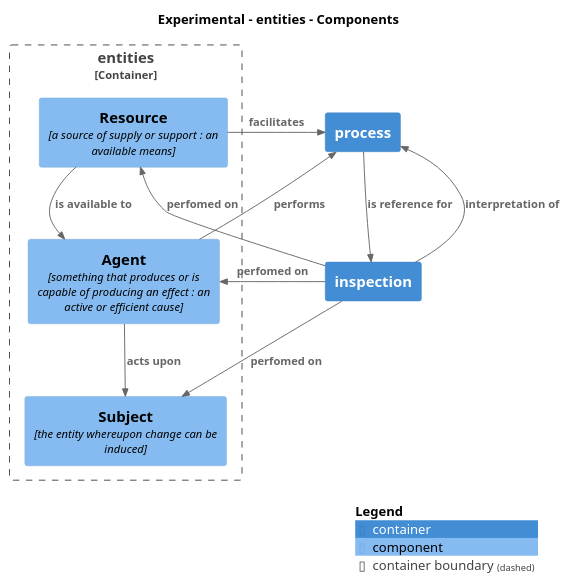
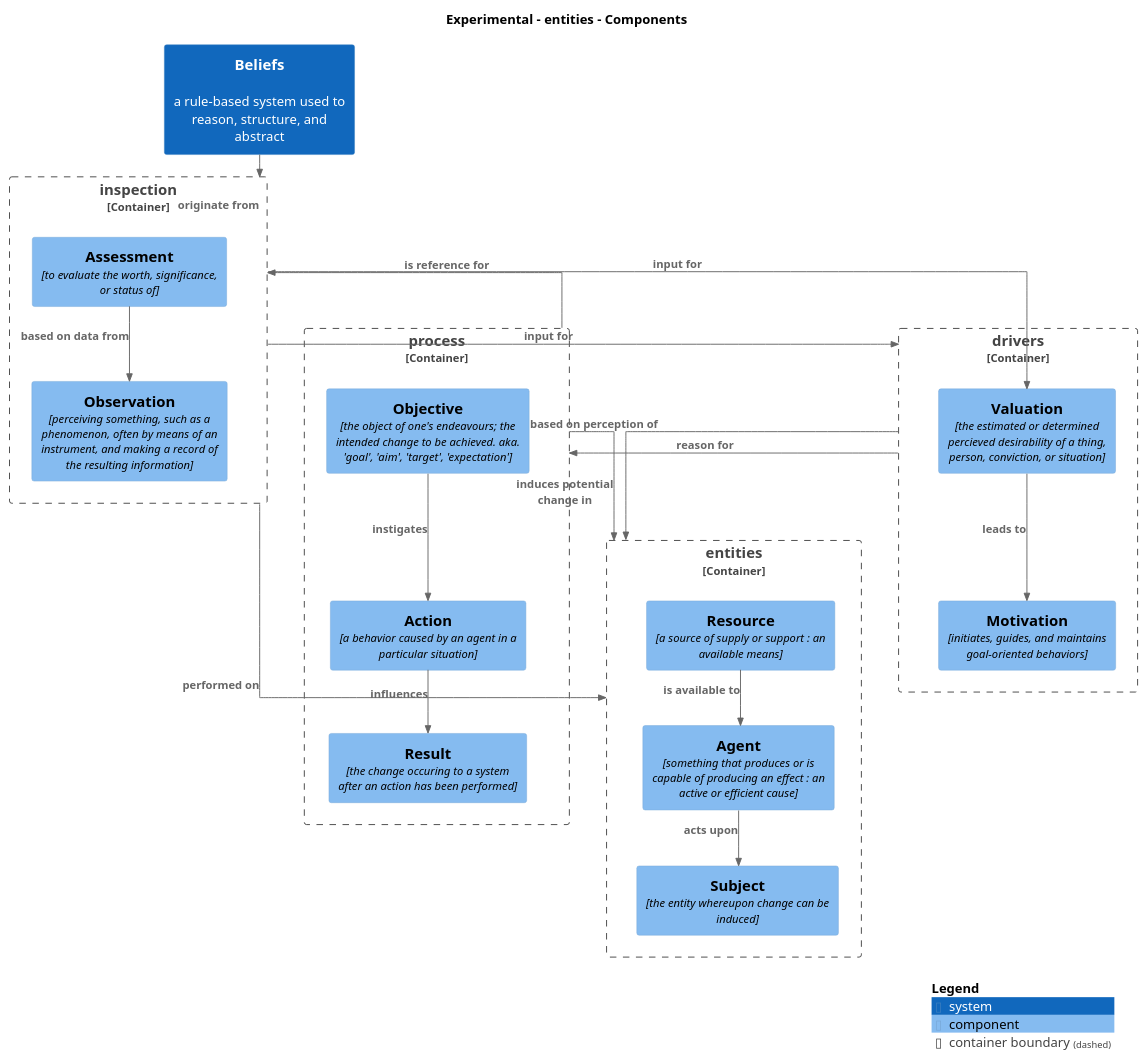
The diagram in src/0_Pattern_Language/_diagrams/structurizr-Experimental-entities-Component.puml (sddevelopment-be/penguin-pragmatic-patterns), drawn with PlantUML before and after one commit. The commit also changed 9 other files, not shown here.

Commit message:
Include diagrams on meta-cognition

```diff
--- a/src/0_Pattern_Language/_diagrams/structurizr-Experimental-entities-Component.puml
+++ b/src/0_Pattern_Language/_diagrams/structurizr-Experimental-entities-Component.puml
@@ -1,31 +1,58 @@
 @startuml
 title Experimental - entities - Components
 
 top to bottom direction
+skinparam linetype ortho
 
 !include https://raw.githubusercontent.com/plantuml-stdlib/C4-PlantUML/master/C4.puml
 !include https://raw.githubusercontent.com/plantuml-stdlib/C4-PlantUML/master/C4_Context.puml
 !include https://raw.githubusercontent.com/plantuml-stdlib/C4-PlantUML/master/C4_Container.puml
 !include https://raw.githubusercontent.com/plantuml-stdlib/C4-PlantUML/master/C4_Component.puml
 
-Container(Experimental.process, "process", "", $tags="Element+Container")
-Container(Experimental.inspection, "inspection", "", $tags="Element+Container")
+System(Beliefs, "Beliefs", "a rule-based system used to reason, structure, and abstract", $tags="Element+Software System+mind")
 
-Container_Boundary("Experimental.entities_boundary", "entities") {
+Container_Boundary("Experimental.process", "process") {
+  Component(Experimental.process.Result, "Result", "the change occuring to a system after an action has been performed", $tags="Element+Component")
+  Component(Experimental.process.Action, "Action", "a behavior caused by an agent in a particular situation", $tags="Element+Component")
+  Component(Experimental.process.Objective, "Objective", "the object of one's endeavours; the intended change to be achieved. aka. 'goal', 'aim', 'target', 'expectation'", $tags="Element+Component")
+}
+
+Container_Boundary("Experimental.inspection", "inspection") {
+  Component(Experimental.inspection.Observation, "Observation", "perceiving something, such as a phenomenon, often by means of an instrument, and making a record of the resulting information", $tags="Element+Component")
+  Component(Experimental.inspection.Assessment, "Assessment", "to evaluate the worth, significance, or status of", $tags="Element+Component")
+}
+
+Container_Boundary("Experimental.entities", "entities") {
   Component(Experimental.entities.Agent, "Agent", "something that produces or is capable of producing an effect : an active or efficient cause", $tags="Element+Component")
   Component(Experimental.entities.Resource, "Resource", "a source of supply or support : an available means", $tags="Element+Component")
   Component(Experimental.entities.Subject, "Subject", "the entity whereupon change can be induced", $tags="Element+Component")
 }
 
+Container_Boundary("Experimental.drivers", "drivers") {
+  Component(Experimental.drivers.Motivation, "Motivation", "initiates, guides, and maintains goal-oriented behaviors", $tags="Element+Component")
+  Component(Experimental.drivers.Valuation, "Valuation", "the estimated or determined percieved desirability of a thing, person, conviction, or situation", $tags="Element+Component")
+}
+
+Rel_D(Beliefs, Experimental.inspection, "originate from", $tags="Relationship")
+
 Rel_D(Experimental.entities.Resource, Experimental.entities.Agent, "is available to", $tags="Relationship+domain")
 Rel_D(Experimental.entities.Agent, Experimental.entities.Subject, "acts upon", $tags="Relationship+domain")
-Rel_D(Experimental.inspection, Experimental.process, "interpretation of", $tags="Relationship+domain")
+
+Rel_D(Experimental.drivers.Valuation, Experimental.drivers.Motivation, "leads to", $tags="Relationship")
+
+Rel_D(Experimental.inspection, Experimental.drivers.Valuation, "input for", $tags="Relationship")
+Rel_D(Experimental.inspection.Assessment, Experimental.inspection.Observation, "based on data from", $tags="Relationship+domain")
+
+Rel_D(Experimental.process.Action, Experimental.process.Result, "influences", $tags="Relationship+domain")
+Rel_D(Experimental.process.Objective, Experimental.process.Action, "instigates", $tags="Relationship+domain")
+
+
+Rel_D(Experimental.inspection, Experimental.entities, "performed on", $tags="Relationship")
+Rel_D(Experimental.drivers, Experimental.process, "reason for", $tags="Relationship")
+Rel_D(Experimental.drivers, Experimental.entities, "based on perception of", $tags="Relationship")
+Rel_D(Experimental.process, Experimental.entities, "induces potential change in", $tags="Relationship")
 Rel_D(Experimental.process, Experimental.inspection, "is reference for", $tags="Relationship")
-Rel_D(Experimental.inspection, Experimental.entities.Agent, "perfomed on", $tags="Relationship+domain")
-Rel_D(Experimental.inspection, Experimental.entities.Resource, "perfomed on", $tags="Relationship+domain")
-Rel_D(Experimental.inspection, Experimental.entities.Subject, "perfomed on", $tags="Relationship+domain")
-Rel_D(Experimental.entities.Agent, Experimental.process, "performs", $tags="Relationship+domain")
-Rel_D(Experimental.entities.Resource, Experimental.process, "facilitates", $tags="Relationship+domain")
+Rel_D(Experimental.inspection, Experimental.drivers, "input for", $tags="Relationship")
 
 SHOW_LEGEND()
 @enduml
```
